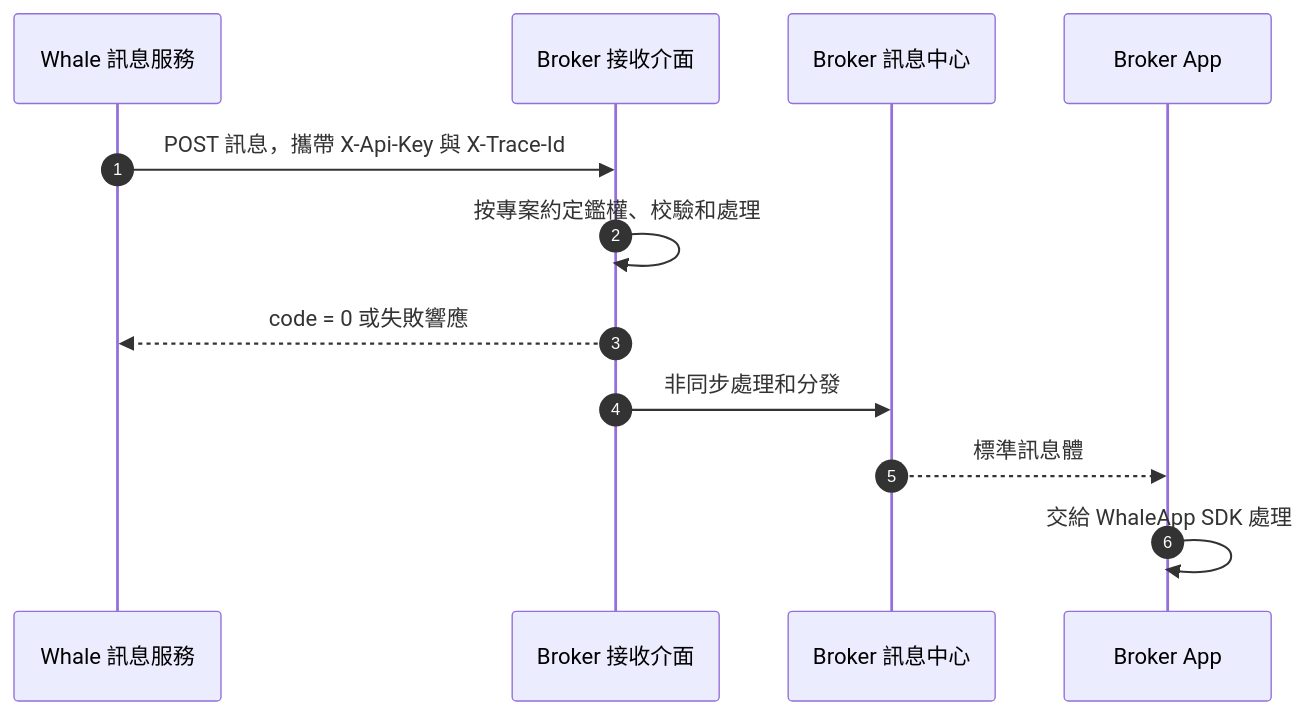
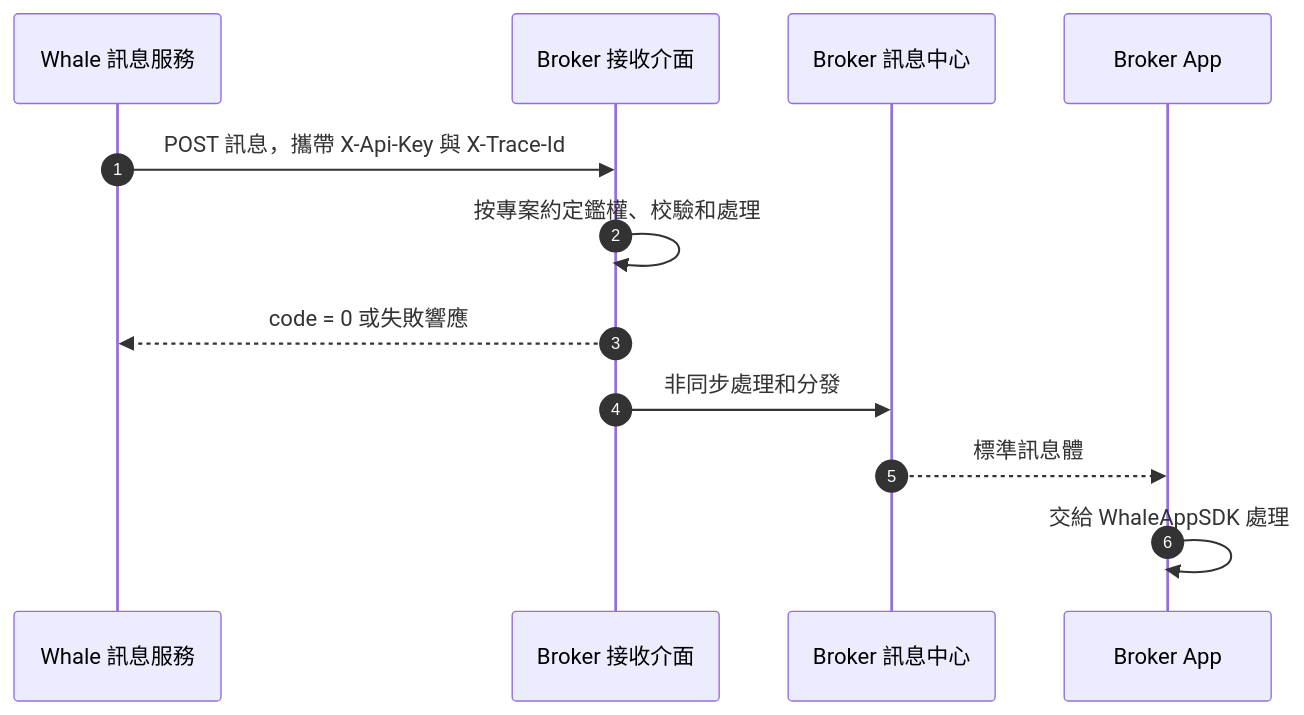
Before and after one commit to longbridge/whale-docs: the diagram in docs/zh-HK/docs/server-message-forwarding.mdx, drawn with Mermaid. The commit also changed other lines of this file and 120 other files, not shown here.

````diff
--- a/docs/zh-HK/docs/server-message-forwarding.mdx
+++ b/docs/zh-HK/docs/server-message-forwarding.mdx
@@ -10,14 +10,14 @@
 ```mermaid
 sequenceDiagram
     autonumber
     participant Whale as Whale 訊息服務
     participant API as Broker 接收介面
     participant Center as Broker 訊息中心
     participant App as Broker App
     Whale->>API: POST 訊息，攜帶 X-Api-Key 與 X-Trace-Id
     API->>API: 按專案約定鑑權、校驗和處理
     API-->>Whale: code = 0 或失敗響應
     API->>Center: 非同步處理和分發
     Center-->>App: 標準訊息體
-    App->>App: 交給 WhaleApp SDK 處理
+    App->>App: 交給 WhaleAppSDK 處理
 ```
````
